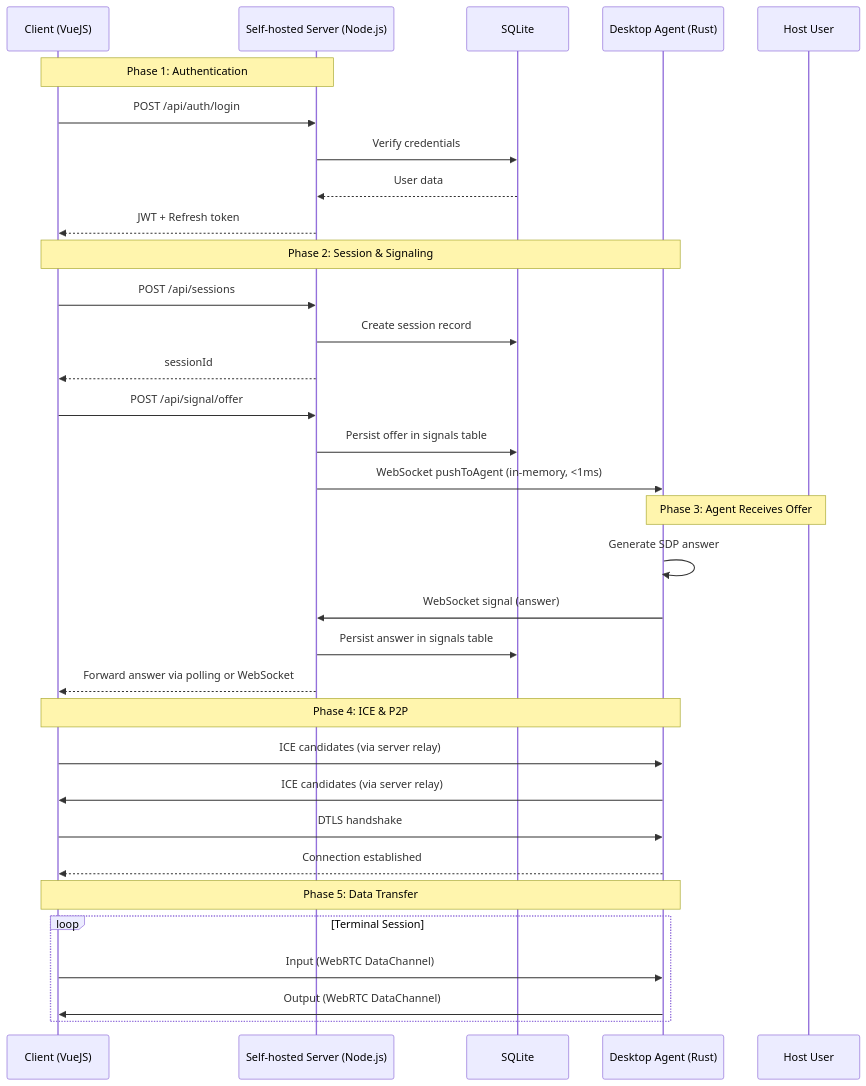
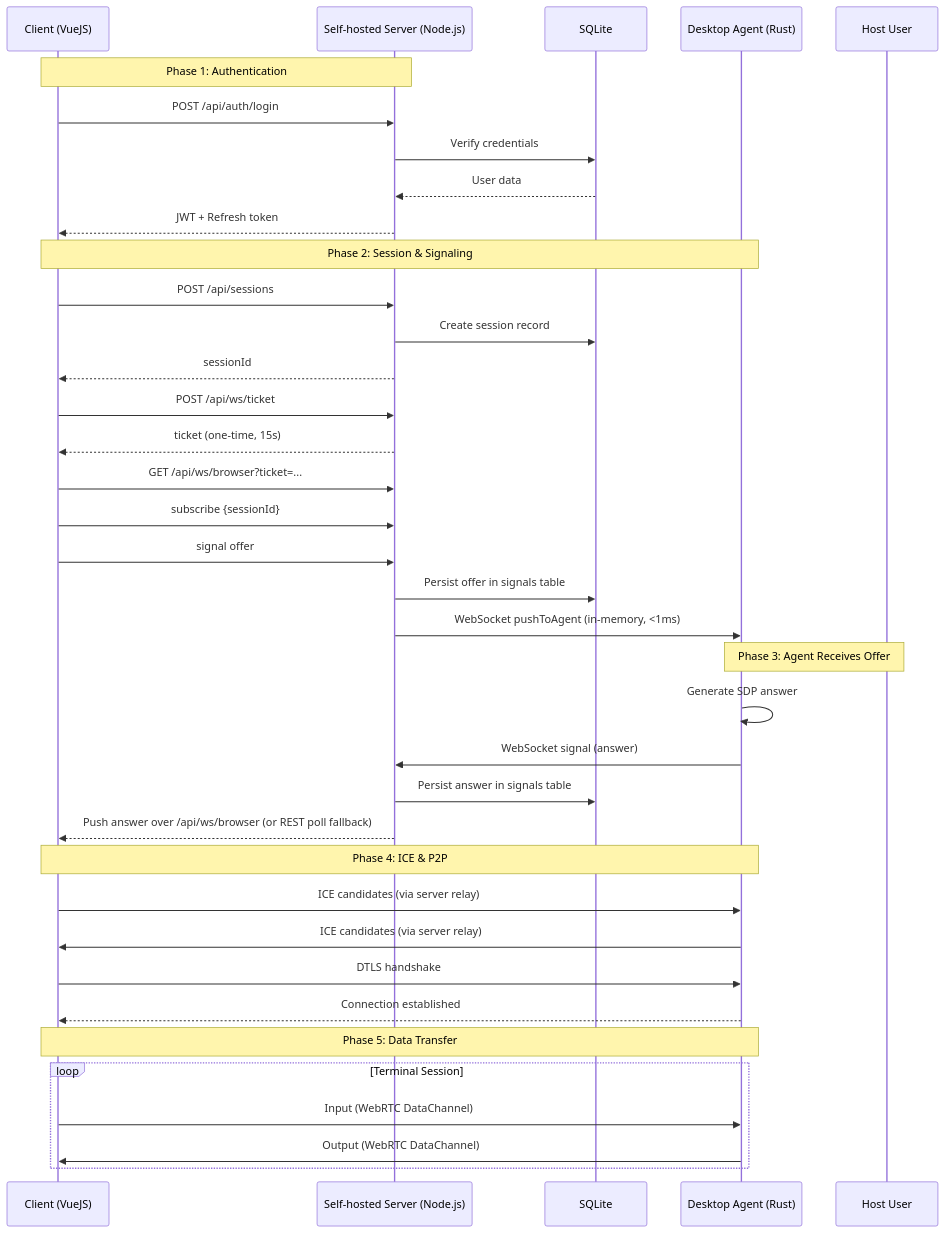
One commit to ngotuananh101/ponta-remote changed the second of 4 diagrams in docs/ARCHITECTURE.md. Above: the diagram before and after it, drawn with Mermaid. The commit also changed other lines of this file, not shown here.

First line of the commit message:
docs(architecture): document the browser WebSocket signaling path

````diff
--- a/docs/ARCHITECTURE.md
+++ b/docs/ARCHITECTURE.md
@@ -183,41 +197,45 @@
 ```mermaid
 sequenceDiagram
     participant C as Client (VueJS)
     participant S as Self-hosted Server (Node.js)
     participant DB as SQLite
     participant H as Desktop Agent (Rust)
     participant U as Host User
 
     Note over C,S: Phase 1: Authentication
     C->>S: POST /api/auth/login
     S->>DB: Verify credentials
     DB-->>S: User data
     S-->>C: JWT + Refresh token
 
     Note over C,H: Phase 2: Session & Signaling
     C->>S: POST /api/sessions
     S->>DB: Create session record
     S-->>C: sessionId
 
-    C->>S: POST /api/signal/offer
+    C->>S: POST /api/ws/ticket
+    S-->>C: ticket (one-time, 15s)
+    C->>S: GET /api/ws/browser?ticket=...
+    C->>S: subscribe {sessionId}
+    C->>S: signal offer
     S->>DB: Persist offer in signals table
     S->>H: WebSocket pushToAgent (in-memory, <1ms)
 
     Note over H,U: Phase 3: Agent Receives Offer
     H->>H: Generate SDP answer
     H->>S: WebSocket signal (answer)
     S->>DB: Persist answer in signals table
-    S-->>C: Forward answer via polling or WebSocket
+    S-->>C: Push answer over /api/ws/browser (or REST poll fallback)
 
     Note over C,H: Phase 4: ICE & P2P
     C->>H: ICE candidates (via server relay)
     H->>C: ICE candidates (via server relay)
     C->>H: DTLS handshake
     H-->>C: Connection established
 
     Note over C,H: Phase 5: Data Transfer
     loop Terminal Session
         C->>H: Input (WebRTC DataChannel)
         H->>C: Output (WebRTC DataChannel)
     end
 ```
````
